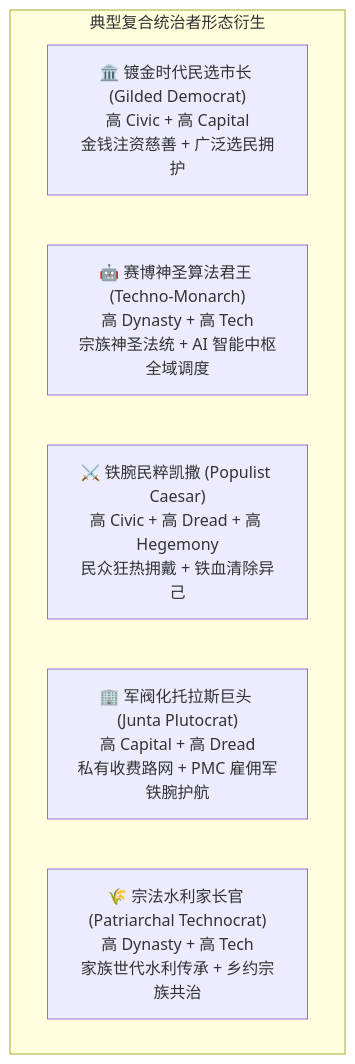
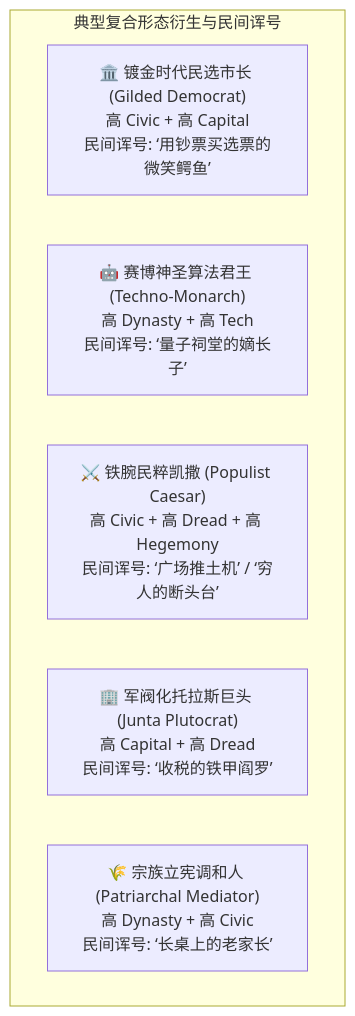
One commit to g39088902/FlowAndAccord changed the fourth of 9 diagrams in PLAN.md. Above: the diagram before and after it, drawn with Mermaid. The commit also changed other lines of this file and 16 other files, not shown here.

````diff
--- a/PLAN.md
+++ b/PLAN.md
@@ -151,10 +191,10 @@
 ```mermaid
 graph TD
-    subgraph HybridMatrix [典型复合统治者形态衍生]
-        H1["🏛️ 镀金时代民选市长 (Gilded Democrat)<br>高 Civic + 高 Capital<br>金钱注资慈善 + 广泛选民拥护"]
-        H2["🤖 赛博神圣算法君王 (Techno-Monarch)<br>高 Dynasty + 高 Tech<br>宗族神圣法统 + AI 智能中枢全域调度"]
-        H3["⚔️ 铁腕民粹凯撒 (Populist Caesar)<br>高 Civic + 高 Dread + 高 Hegemony<br>民众狂热拥戴 + 铁血清除异己"]
-        H4["🏢 军阀化托拉斯巨头 (Junta Plutocrat)<br>高 Capital + 高 Dread<br>私有收费路网 + PMC 雇佣军铁腕护航"]
-        H5["🌾 宗法水利家长官 (Patriarchal Technocrat)<br>高 Dynasty + 高 Tech<br>家族世代水利传承 + 乡约宗族共治"]
+    subgraph HybridMatrix [典型复合形态衍生与民间诨号]
+        H1["🏛️ 镀金时代民选市长 (Gilded Democrat)<br>高 Civic + 高 Capital<br>民间诨号: ‘用钞票买选票的微笑鳄鱼’"]
+        H2["🤖 赛博神圣算法君王 (Techno-Monarch)<br>高 Dynasty + 高 Tech<br>民间诨号: ‘量子祠堂的嫡长子’"]
+        H3["⚔️ 铁腕民粹凯撒 (Populist Caesar)<br>高 Civic + 高 Dread + 高 Hegemony<br>民间诨号: ‘广场推土机’ / ‘穷人的断头台’"]
+        H4["🏢 军阀化托拉斯巨头 (Junta Plutocrat)<br>高 Capital + 高 Dread<br>民间诨号: ‘收税的铁甲阎罗’"]
+        H5["🌾 宗族立宪调和人 (Patriarchal Mediator)<br>高 Dynasty + 高 Civic<br>民间诨号: ‘长桌上的老家长’"]
     end
 ```
````
